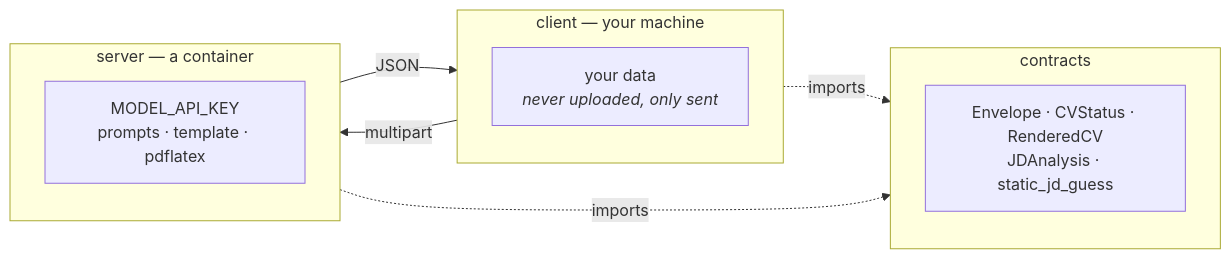
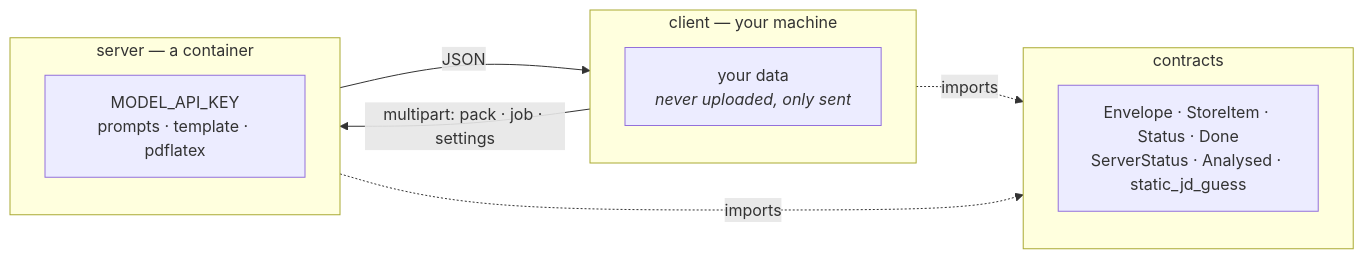
Before and after one commit to gcontini/ats-strike: the first of 2 diagrams in doc/deployment.md, drawn with Mermaid. The commit also changed other lines of this file and 157 other files, not shown here.

````diff
--- a/doc/deployment.md
+++ b/doc/deployment.md
@@ -30,16 +34,16 @@
 ```mermaid
 flowchart LR
     subgraph c["client — your machine"]
         D["your data<br/><i>never uploaded, only sent</i>"]
     end
     subgraph w["contracts"]
-        P["Envelope · CVStatus · RenderedCV<br/>JDAnalysis · static_jd_guess"]
+        P["Envelope · StoreItem · Status · Done<br/>ServerStatus · Analysed · static_jd_guess"]
     end
     subgraph s["server — a container"]
         K["MODEL_API_KEY<br/>prompts · template · pdflatex"]
     end
-    c -->|"multipart"| s
+    c -->|"multipart: pack · job · settings"| s
     s -->|"JSON"| c
     c -.->|imports| w
     s -.->|imports| w
 ```
````
